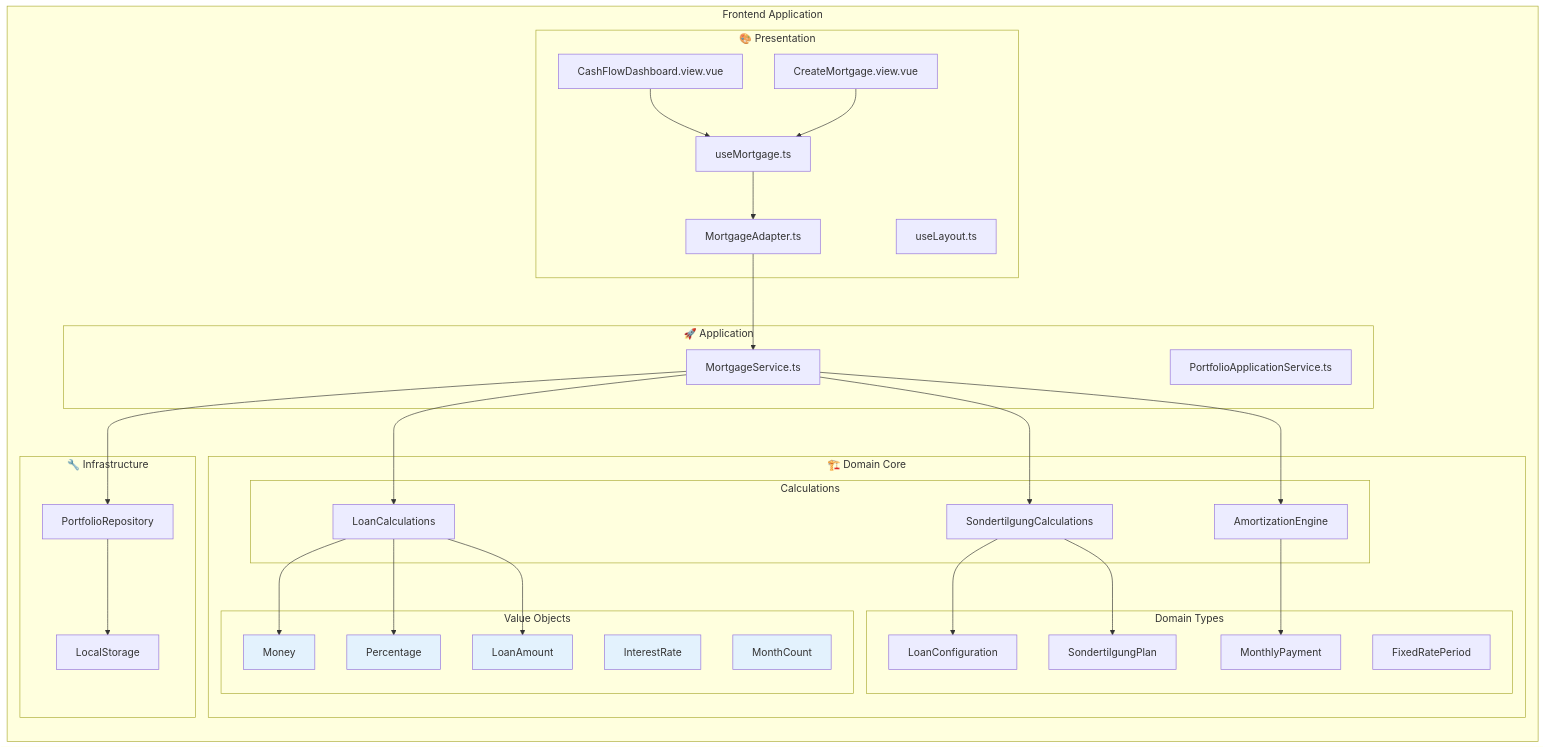
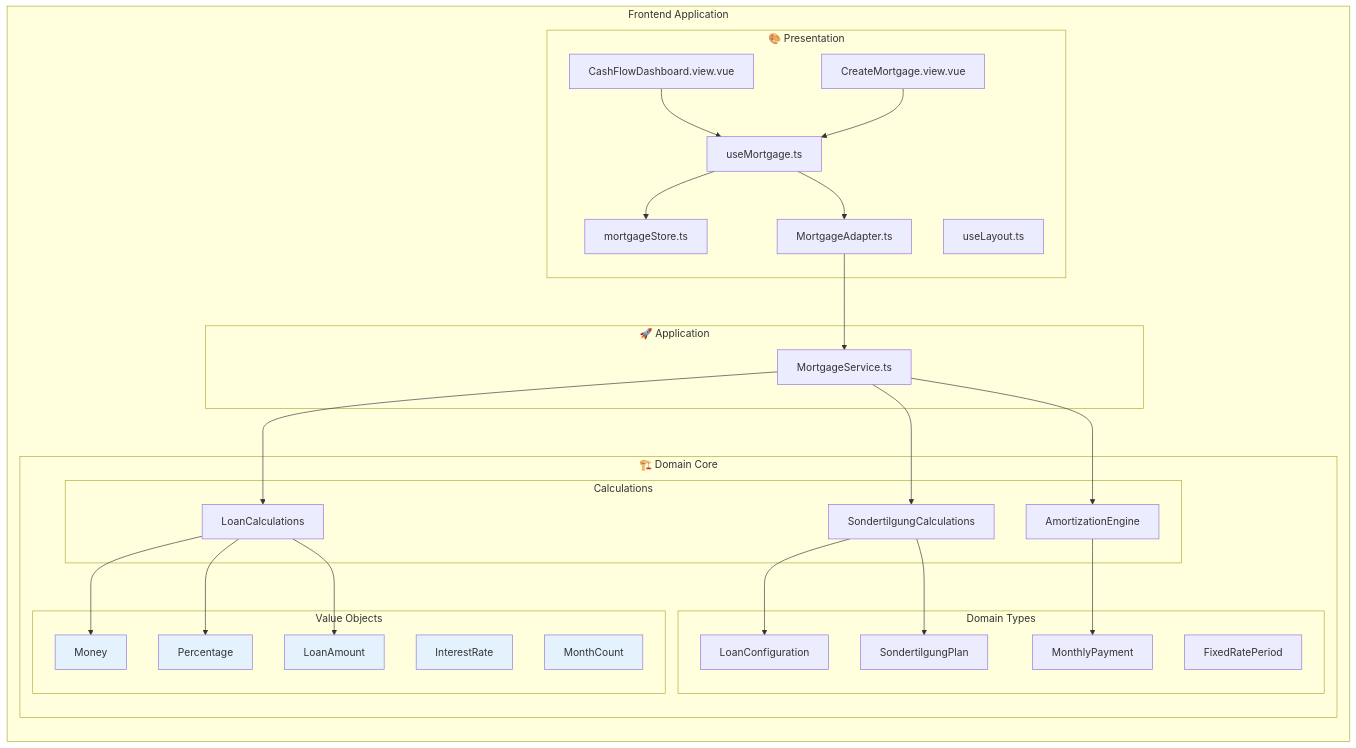
The second of 6 diagrams in docs/ARCHITECTURE.md (AleksejDix/grundstein), drawn with Mermaid before and after one commit. The commit also changed other lines of this file and 6 other files, not shown here.

````diff
--- a/docs/ARCHITECTURE.md
+++ b/docs/ARCHITECTURE.md
@@ -56,67 +46,61 @@
 ```mermaid
 graph LR
     subgraph "Frontend Application"
         subgraph "🎨 Presentation"
             V1[CashFlowDashboard.view.vue]
             V2[CreateMortgage.view.vue]
             C1[useMortgage.ts]
             C2[useLayout.ts]
             A1[MortgageAdapter.ts]
+            STORE[mortgageStore.ts]
         end
 
         subgraph "🚀 Application"
             MS[MortgageService.ts]
-            PAS[PortfolioApplicationService.ts]
         end
 
         subgraph "🏗️ Domain Core"
             subgraph "Value Objects"
                 VO1[Money]
                 VO2[Percentage]
                 VO3[LoanAmount]
                 VO4[InterestRate]
                 VO5[MonthCount]
             end
 
             subgraph "Domain Types"
                 DT1[LoanConfiguration]
                 DT2[MonthlyPayment]
                 DT3[SondertilgungPlan]
                 DT4[FixedRatePeriod]
             end
 
             subgraph "Calculations"
                 CALC1[LoanCalculations]
                 CALC2[SondertilgungCalculations]
                 CALC3[AmortizationEngine]
             end
         end
-
-        subgraph "🔧 Infrastructure"
-            REPO[PortfolioRepository]
-            LOCAL[LocalStorage]
-        end
     end
 
     V1 --> C1
     V2 --> C1
+    C1 --> STORE
     C1 --> A1
     A1 --> MS
     MS --> CALC1
     MS --> CALC2
     MS --> CALC3
     CALC1 --> VO1
     CALC1 --> VO2
     CALC1 --> VO3
     CALC2 --> DT1
     CALC2 --> DT3
     CALC3 --> DT2
-    MS --> REPO
-    REPO --> LOCAL
 
     style VO1 fill:#e3f2fd
     style VO2 fill:#e3f2fd
     style VO3 fill:#e3f2fd
     style VO4 fill:#e3f2fd
     style VO5 fill:#e3f2fd
 ```
````
